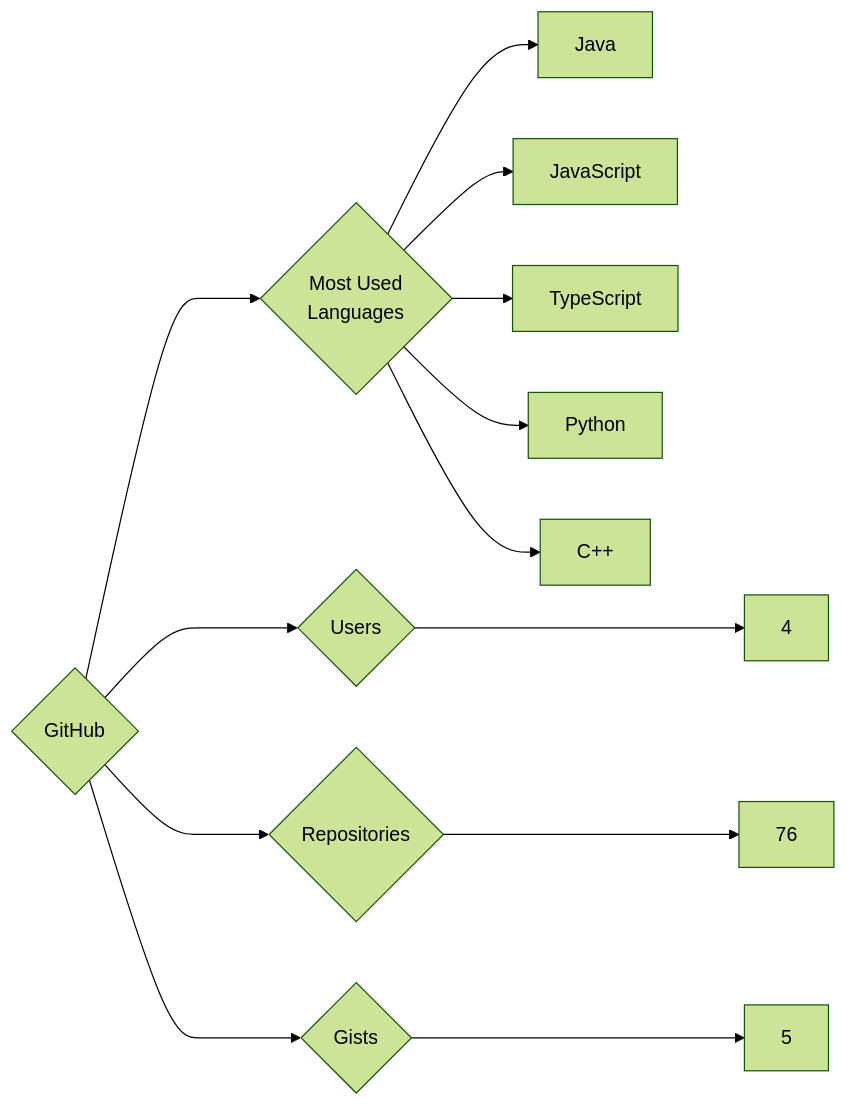
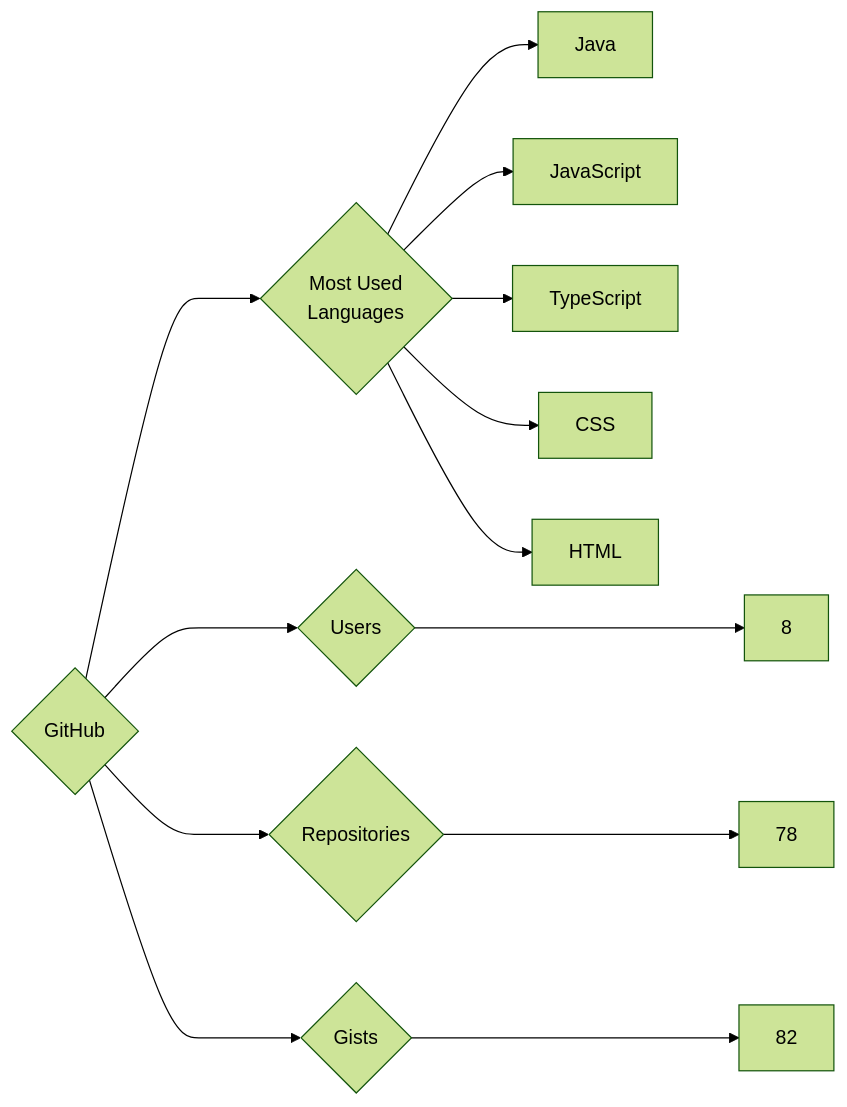
The diagram in targets/GitHub/README.md (trickest/insiders), drawn with Mermaid (forest theme) before and after one commit. The commit also changed 859 other files, not shown here.

````diff
--- a/targets/GitHub/README.md
+++ b/targets/GitHub/README.md
@@ -3,13 +3,13 @@
 ```mermaid
 graph LR
 COMPANY_NAME{GitHub}
-COMPANY_NAME ---> U{Users} ---> UN[4]
-COMPANY_NAME ---> R{Repositories} ---> RN[76]
-COMPANY_NAME ---> G{Gists} ---> GN[5]
+COMPANY_NAME ---> U{Users} ---> UN[8]
+COMPANY_NAME ---> R{Repositories} ---> RN[78]
+COMPANY_NAME ---> G{Gists} ---> GN[82]
 COMPANY_NAME ---> ML{Most Used<br>Languages}
 ML --> Java[Java]
 ML --> JavaScript[JavaScript]
 ML --> TypeScript[TypeScript]
-ML --> Python[Python]
-ML --> C++[C++]
+ML --> CSS[CSS]
+ML --> HTML[HTML]
 ```
````
